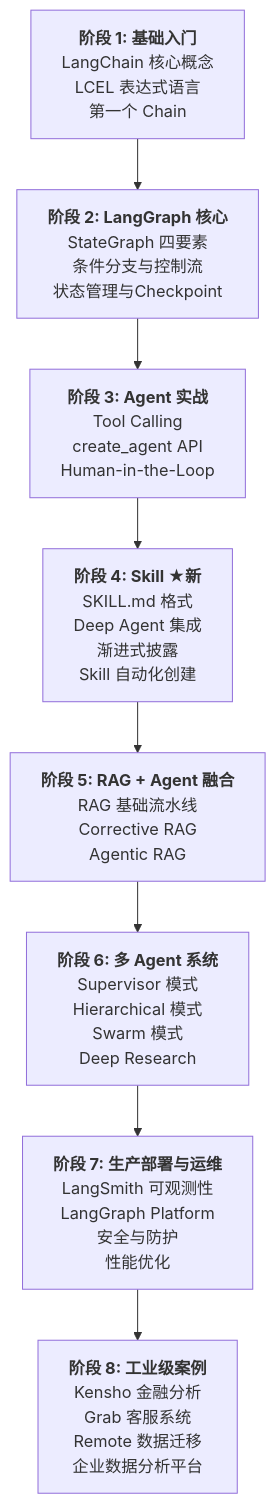
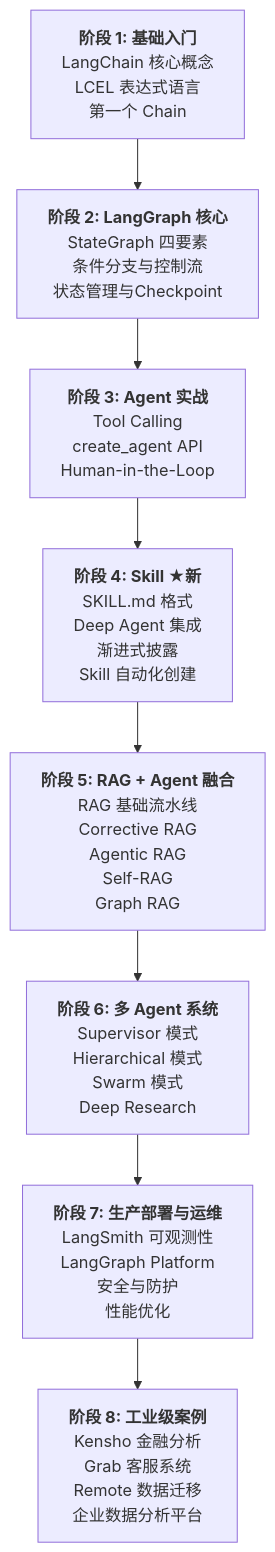
The diagram in agent-learning-path/00-入口/01-学习路线总览.md (keyuanweb/ai-learning-path), drawn with Mermaid before and after one commit. The commit also changed other lines of this file and 5 other files, not shown here.

First line of the commit message:
docs: expand RAG section from 3 to 5 paradigms with Self-RAG and Graph RAG

````diff
--- a/agent-learning-path/00-入口/01-学习路线总览.md
+++ b/agent-learning-path/00-入口/01-学习路线总览.md
@@ -16,13 +16,13 @@
 ```mermaid
 flowchart TD
     S1["<b>阶段 1: 基础入门</b><br/>LangChain 核心概念<br/>LCEL 表达式语言<br/>第一个 Chain"]
     S2["<b>阶段 2: LangGraph 核心</b><br/>StateGraph 四要素<br/>条件分支与控制流<br/>状态管理与Checkpoint"]
     S3["<b>阶段 3: Agent 实战</b><br/>Tool Calling<br/>create_agent API<br/>Human-in-the-Loop"]
     S4["<b>阶段 4: Skill ★新</b><br/>SKILL.md 格式<br/>Deep Agent 集成<br/>渐进式披露<br/>Skill 自动化创建"]
-    S5["<b>阶段 5: RAG + Agent 融合</b><br/>RAG 基础流水线<br/>Corrective RAG<br/>Agentic RAG"]
+    S5["<b>阶段 5: RAG + Agent 融合</b><br/>RAG 基础流水线<br/>Corrective RAG<br/>Agentic RAG<br/>Self-RAG<br/>Graph RAG"]
     S6["<b>阶段 6: 多 Agent 系统</b><br/>Supervisor 模式<br/>Hierarchical 模式<br/>Swarm 模式<br/>Deep Research"]
     S7["<b>阶段 7: 生产部署与运维</b><br/>LangSmith 可观测性<br/>LangGraph Platform<br/>安全与防护<br/>性能优化"]
     S8["<b>阶段 8: 工业级案例</b><br/>Kensho 金融分析<br/>Grab 客服系统<br/>Remote 数据迁移<br/>企业数据分析平台"]
 
     S1 --> S2 --> S3 --> S4 --> S5 --> S6 --> S7 --> S8
 ```
````
